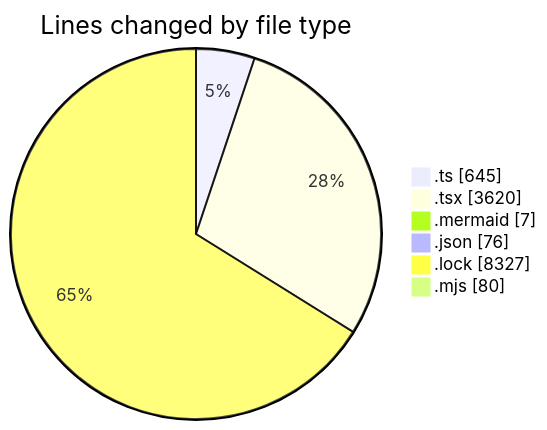
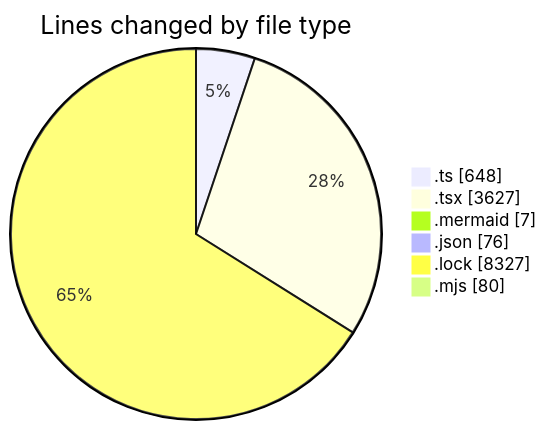
Before and after one commit to momahboobian/code-tracking: the first of 2 diagrams in 2026-09-08/cda/README.md, drawn with Mermaid. The commit also changed other lines of this file and 1 other file, not shown here.

````diff
--- a/2026-09-08/cda/README.md
+++ b/2026-09-08/cda/README.md
@@ -48,10 +48,10 @@
 ```mermaid
 pie showData
 title Lines changed by file type
-".ts" : 645
-".tsx" : 3620
+".ts" : 648
+".tsx" : 3627
 ".mermaid" : 7
 ".json" : 76
 ".lock" : 8327
 ".mjs" : 80
 ```
````
